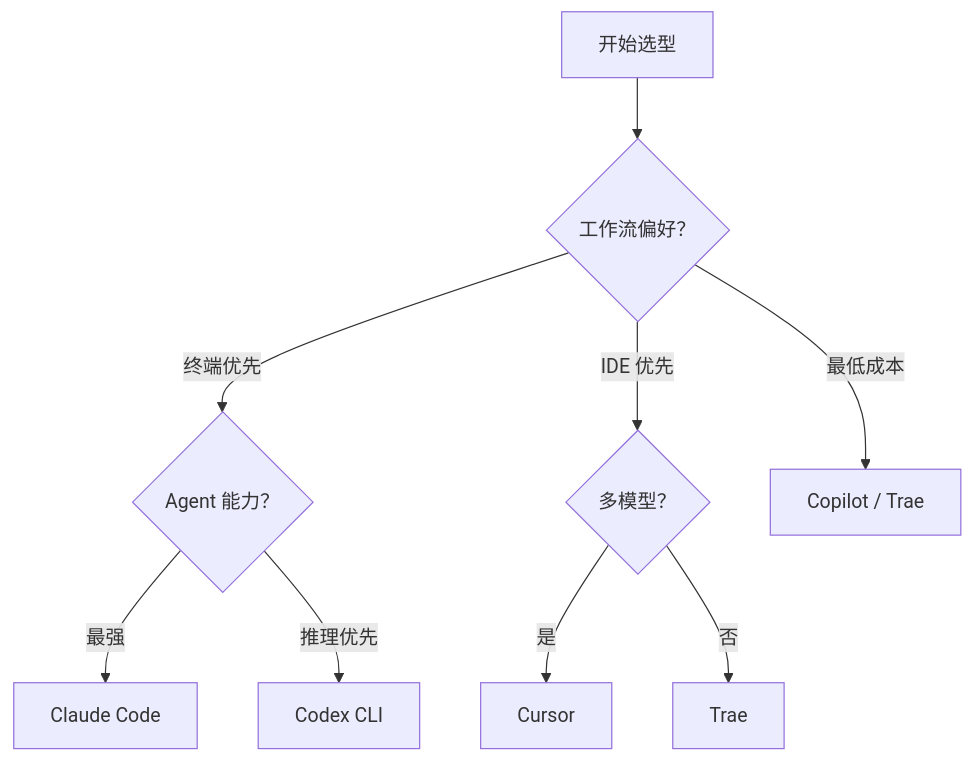
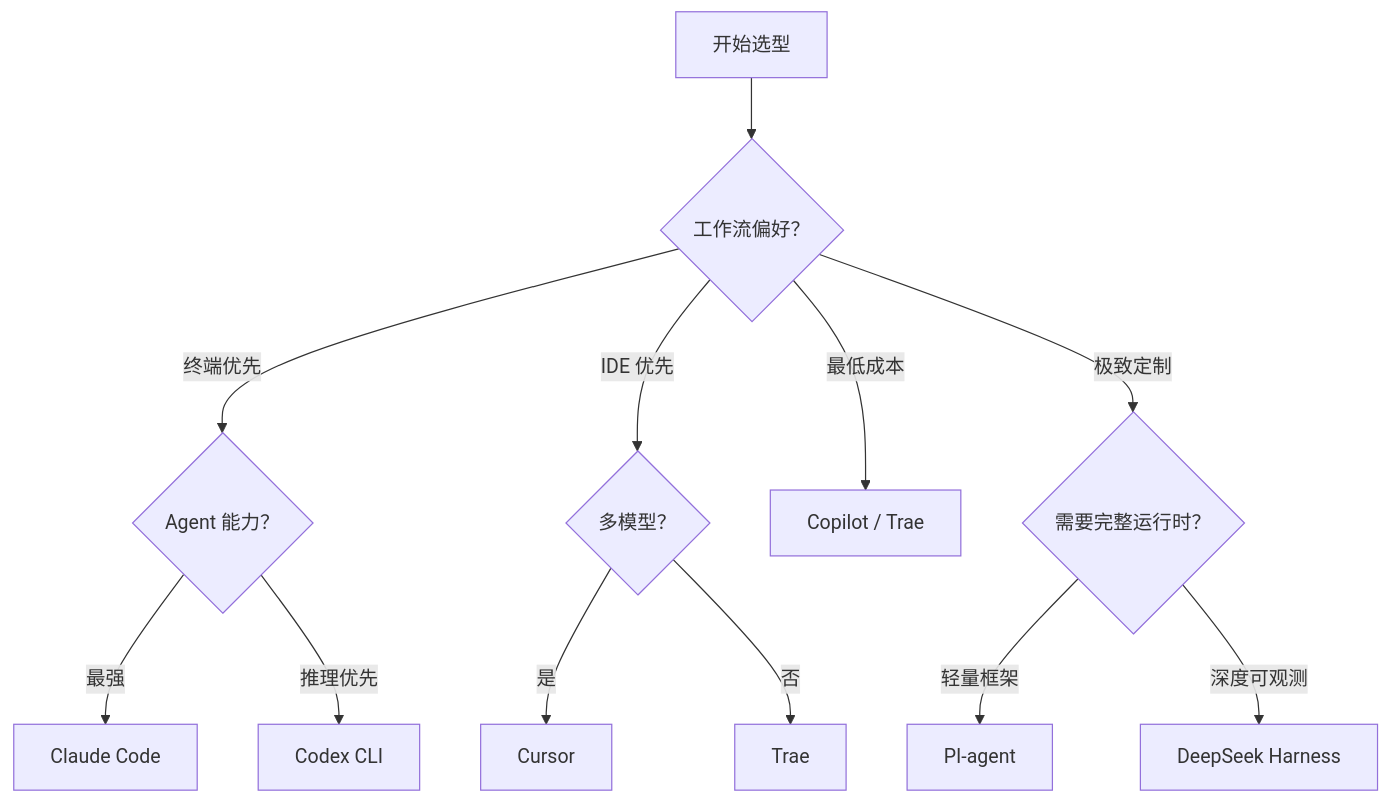
One commit to dukegod/ai-handbook changed the diagram in ai-coding/tools/overview.md. Above: the diagram before and after it, drawn with Mermaid. The commit also changed other lines of this file and 75 other files, not shown here.

````diff
--- a/ai-coding/tools/overview.md
+++ b/ai-coding/tools/overview.md
@@ -107,13 +134,17 @@
 ```mermaid
 flowchart TD
     A[开始选型] --> B{工作流偏好？}
     B -->|终端优先| C{Agent 能力？}
     B -->|IDE 优先| D{多模型？}
     B -->|最低成本| E[Copilot / Trae]
+    B -->|极致定制| J{需要完整运行时？}
     
     C -->|最强| F[Claude Code]
     C -->|推理优先| G[Codex CLI]
     
     D -->|是| H[Cursor]
     D -->|否| I[Trae]
+    
+    J -->|轻量框架| K[PI-agent]
+    J -->|深度可观测| L[DeepSeek Harness]
 ```
````
